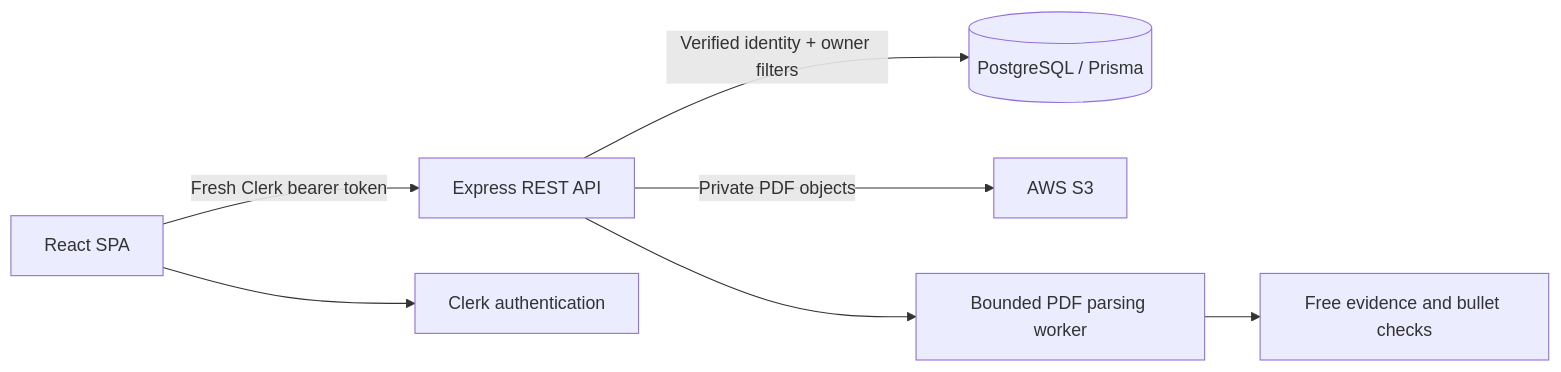
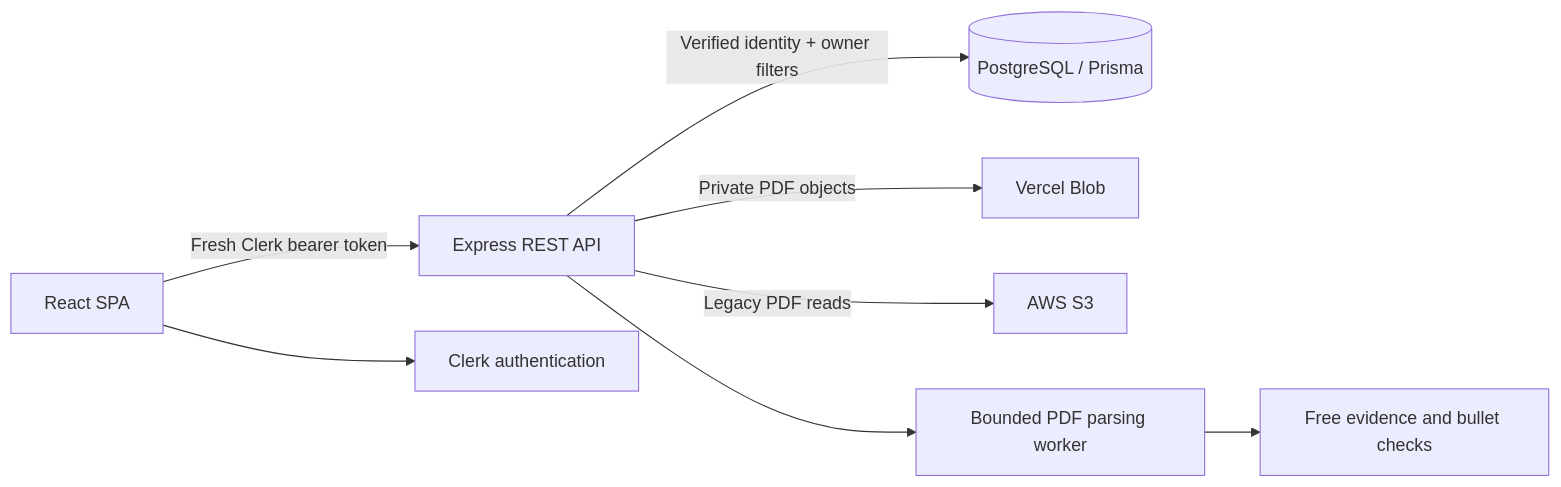
The diagram in README.md (Rose-Wei10/InterviewTracker_Careerpath), drawn with Mermaid before and after one commit. The commit also changed other lines of this file and 2 other files, not shown here.

````diff
--- a/README.md
+++ b/README.md
@@ -35,9 +34,10 @@
 ```mermaid
 flowchart LR
   Browser[React SPA] -->|Fresh Clerk bearer token| API[Express REST API]
   Browser --> Clerk[Clerk authentication]
   API -->|Verified identity + owner filters| DB[(PostgreSQL / Prisma)]
-  API -->|Private PDF objects| S3[AWS S3]
+  API -->|Private PDF objects| Blob[Vercel Blob]
+  API -->|Legacy PDF reads| S3[AWS S3]
   API --> Extract[Bounded PDF parsing worker]
   Extract --> Match[Free evidence and bullet checks]
 ```
````
